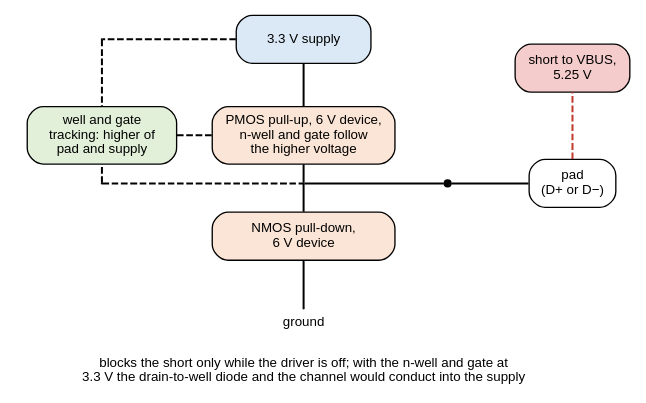
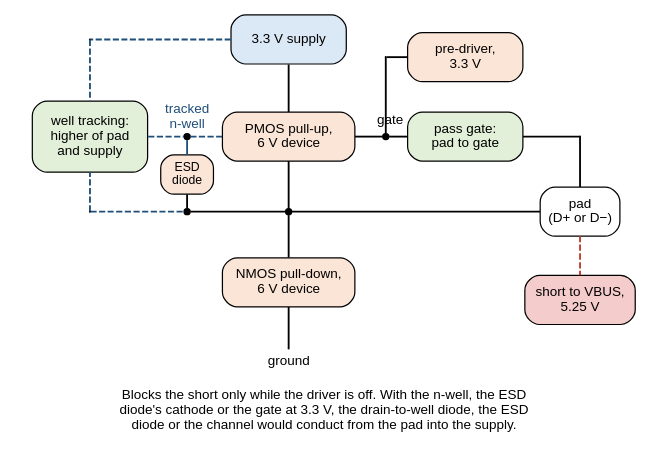
The diagram in docs/usb-serial/analogue/custom-stage.dot (mithro/evampire), drawn with Graphviz before and after one commit. The commit also changed 1 other file, not shown here.

Commit message:
Draw the ESD diode and pass gate of the custom output stage
A standard pad's ESD diode from the pad to the 3.3 V supply would still
carry the driver-off short current in the custom stage, so the text now
says it is removed or has its cathode on the tracked n-well, and the
figure draws it on that well. The figure also draws the pass gate that
the text names, beside the 3.3 V pre-driver. The text states when the
driving-low current is the largest of the three cases: while RS is more
than 0.26 of ZDRV, 7.2 ohm at 28 ohm.

```diff
--- a/docs/usb-serial/analogue/custom-stage.dot
+++ b/docs/usb-serial/analogue/custom-stage.dot
@@ -1,44 +1,61 @@
-// A custom output stage that survives a 5.25 V short on the pad: the
-// PMOS pull-up's n-well, and its gate when off, follow the higher of the
-// pad and the 3.3 V supply, so neither its drain diode nor its channel
-// can conduct from the pad into the supply while the driver is off.
+// A custom output stage that survives a 5.25 V short on the pad while the
+// driver is off: a tracking block holds the PMOS n-well at the higher of
+// the pad and the 3.3 V supply, the pad's ESD diode has its cathode on that
+// tracked well instead of on 3.3 V, and a pass gate lifts the off PMOS's
+// gate to the pad voltage, which the 3.3 V pre-driver cannot.
 //
-// Fixed grid (positions in inches): supply at the top (y=3.0), pad on the
-// right (x=5.8), ground at the bottom (y=0.2).
+// Fixed grid (positions in inches): supply at the top (y=3.7), the PMOS
+// row at y=2.6, the output node along y=1.75, ground at the bottom
+// (y=0.2). Dashed blue lines are the tracked n-well and its sense inputs.
 //
 // SPDX-License-Identifier: Apache-2.0
 
 graph custom_stage {
     graph [layout=neato, splines=false, overlap=true, fontname="Helvetica",
-           size="7.4,4"];
+           size="7.4,4.5"];
     node  [shape=box, style="rounded,filled", fillcolor="#f2f2f2",
-           fontname="Helvetica", fontsize=10, width=1.6, height=0.5,
+           fontname="Helvetica", fontsize=11, width=1.5, height=0.55,
            fixedsize=true];
     edge  [penwidth=1.5];
 
-    vdd  [pos="3.0,3.0!", width=1.4, label="3.3 V supply", fillcolor="#dbe8f5"];
-    pmos [pos="3.0,2.0!", width=1.9, height=0.6,
-          label="PMOS pull-up, 6 V device,\nn-well and gate follow\nthe higher voltage", fillcolor="#fbe5d6"];
-    nmos [pos="3.0,0.95!", width=1.9, label="NMOS pull-down,\n6 V device", fillcolor="#fbe5d6"];
-    sel  [pos="0.9,2.0!", width=1.55, height=0.6,
-          label="well and gate\ntracking: higher of\npad and supply", fillcolor="#e2f0d9"];
-    pad  [pos="5.8,1.5!", width=0.9, label="pad\n(D+ or D−)", fillcolor="#ffffff"];
-    vb   [pos="5.8,2.7!", width=1.2, label="short to VBUS,\n5.25 V", fillcolor="#f4cccc"];
+    vdd  [pos="3.0,3.7!", width=1.3, label="3.3 V supply", fillcolor="#dbe8f5"];
+    pmos [pos="3.0,2.6!", label="PMOS pull-up,\n6 V device", fillcolor="#fbe5d6"];
+    nmos [pos="3.0,0.95!", label="NMOS pull-down,\n6 V device", fillcolor="#fbe5d6"];
+    trk  [pos="0.75,2.6!", width=1.3, height=0.8,
+          label="well tracking:\nhigher of pad\nand supply", fillcolor="#e2f0d9"];
+    esd  [pos="1.85,2.17!", width=0.6, height=0.45, fontsize=10,
+          label="ESD\ndiode", fillcolor="#fbe5d6"];
+    pg   [pos="5.0,2.6!", width=1.3, label="pass gate:\npad to gate", fillcolor="#e2f0d9"];
+    pre  [pos="5.0,3.5!", width=1.3, label="pre-driver,\n3.3 V", fillcolor="#fbe5d6"];
+    pad  [pos="6.3,1.75!", width=0.9, label="pad\n(D+ or D−)", fillcolor="#ffffff"];
+    vb   [pos="6.3,0.75!", width=1.25, label="short to VBUS,\n5.25 V", fillcolor="#f4cccc"];
 
-    node [shape=plaintext, style="", fontsize=10, width=1.6, height=0.2];
-    g   [pos="3.0,0.05!", width=0.8, label="ground"];
-    nt  [pos="3.0,-0.45!", width=6.0, height=0.35,
-         label="blocks the short only while the driver is off; with the n-well and gate at\n3.3 V the drain-to-well diode and the channel would conduct into the supply"];
+    node [shape=plaintext, style="", fontsize=11, width=1.2, height=0.2];
+    g_l  [pos="3.0,0.05!", width=0.8, label="ground"];
+    w_l  [pos="1.85,2.82!", width=1.0, fontcolor="#1f4e79", label="tracked\nn-well", height=0.35];
+    gt_l [pos="4.15,2.78!", width=0.5, label="gate"];
+    nt   [pos="3.4,-0.5!", width=7.0, height=0.55,
+          label="Blocks the short only while the driver is off. With the n-well, the ESD\ndiode's cathode or the gate at 3.3 V, the drain-to-well diode, the ESD\ndiode or the channel would conduct from the pad into the supply."];
 
     node [shape=point, width=0.07, height=0.07, label="", style=filled, fillcolor=black];
-    n   [pos="4.5,1.5!"];
-    k1  [pos="3.0,1.5!", width=0.01];
+    k1  [pos="3.0,1.75!"];
+    j1  [pos="1.85,2.6!"];
+    j2  [pos="1.85,1.75!"];
+    gj  [pos="4.1,2.6!"];
     gb  [pos="3.0,0.2!", width=0.01];
-    k2  [pos="0.9,1.5!", width=0.01];
-    k3  [pos="0.9,3.0!", width=0.01];
+    c1  [pos="0.75,3.7!", width=0.01];
+    c4  [pos="0.75,1.75!", width=0.01];
+    c5  [pos="6.3,2.6!", width=0.01];
+    c7  [pos="4.1,3.5!", width=0.01];
 
     vdd -- pmos -- k1 -- nmos -- gb;
-    k1 -- n -- pad;  pad -- vb [style=dashed, color="#c0392b"];
-    sel -- pmos [style=dashed];  k2 -- sel [style=dashed];  k2 -- k1 [style=dashed];
-    vdd -- k3 [style=dashed];  k3 -- sel [style=dashed];
+    k1 -- pad;  pad -- vb [style=dashed, color="#c0392b"];
+    trk -- j1 [style=dashed, color="#1f4e79"];
+    j1 -- pmos [style=dashed, color="#1f4e79"];
+    j1 -- esd [color="#1f4e79"];  esd -- j2;
+    vdd -- c1 [style=dashed, color="#1f4e79"];  c1 -- trk [style=dashed, color="#1f4e79"];
+    c4 -- trk [style=dashed, color="#1f4e79"];
+    c4 -- j2 [style=dashed, color="#1f4e79"];  j2 -- k1;
+    pmos -- gj;  gj -- pg;  pg -- c5;  c5 -- pad;
+    pre -- c7;  c7 -- gj;
 }
```
